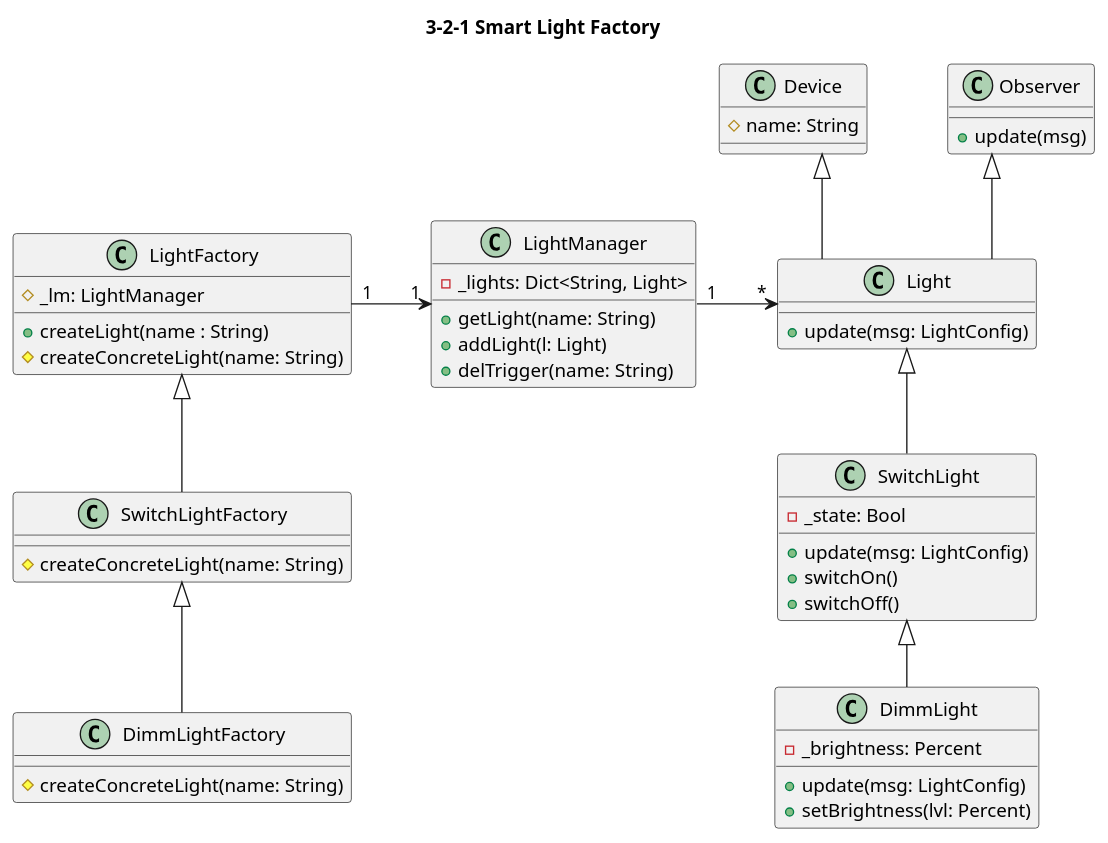
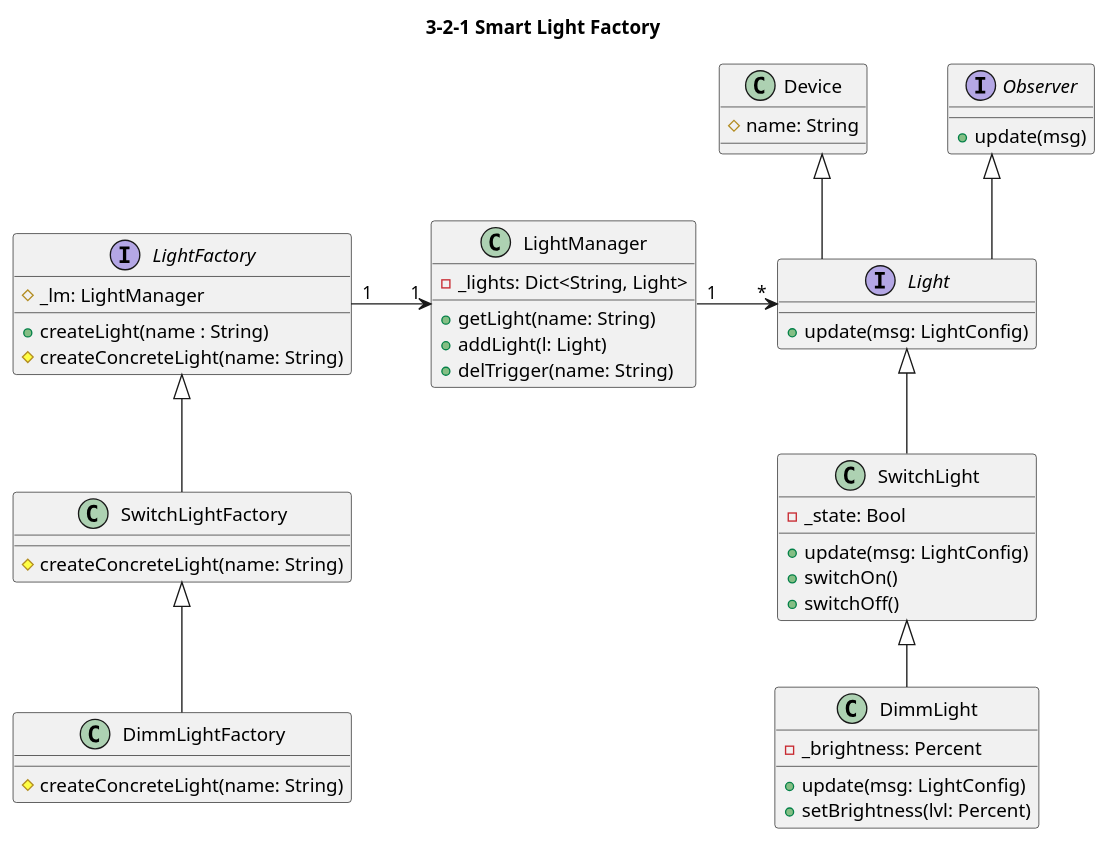
Before and after one commit to khanhln2907/Software_Architecture: the diagram in Assignment/HW3/submission/hw321_factory.pu, drawn with PlantUML. The commit also changed 1 other file, not shown here.

```diff
--- a/Assignment/HW3/submission/hw321_factory.pu
+++ b/Assignment/HW3/submission/hw321_factory.pu
@@ -1,87 +1,87 @@
 @startuml
 ' Settings
 ' ============================
 
 ' use +,#,- instead of icons
 'skinparam classAttributeIconSize 0
 
 ' horizontal distance in px
 skinparam nodesep 60 
 
 ' vertical distance in px
 skinparam ranksep 50
 
 ' use only straight lines (ortho/polyline)
 skinparam linetype ortho
 
 ' title
 title 3-2-1 Smart Light Factory
 
 
 
 ' Abstract Classes
 ' ============================
-class Light{
+interface Light{
     +update(msg: LightConfig)
 }
 
-class Observer{
+interface Observer{
     +update(msg)
 }
 
 class Device{
     #name: String
 }
 
-class LightFactory{
+Interface LightFactory{
     #_lm: LightManager 
     +createLight(name : String)
     #createConcreteLight(name: String)
 }
 
 ' Concrete Classes
 ' ============================
 class LightManager{
     -_lights: Dict<String, Light> 
     +getLight(name: String)
     +addLight(l: Light)
     +delTrigger(name: String)
 }
 
 class SwitchLight{
     -_state: Bool
     +update(msg: LightConfig)
     +switchOn()
     +switchOff()
 }
 
 class DimmLight{
     -_brightness: Percent
     +update(msg: LightConfig)
     +setBrightness(lvl: Percent)
 }
 
 class SwitchLightFactory{
     #createConcreteLight(name: String)
 }
 
 class DimmLightFactory{
     #createConcreteLight(name: String)
 }
 
 
 ' Relations
 ' ================================
 
 SwitchLightFactory -u-|> LightFactory
 
 DimmLightFactory -u-|> SwitchLightFactory
 LightFactory "1" -r-> "1" LightManager
 LightManager "1" -r-> "*" Light
 Light -u-|> Observer
 Light -u-|> Device
 SwitchLight -u-|> Light
 DimmLight -u-|> SwitchLight
 
 
 @enduml
```
